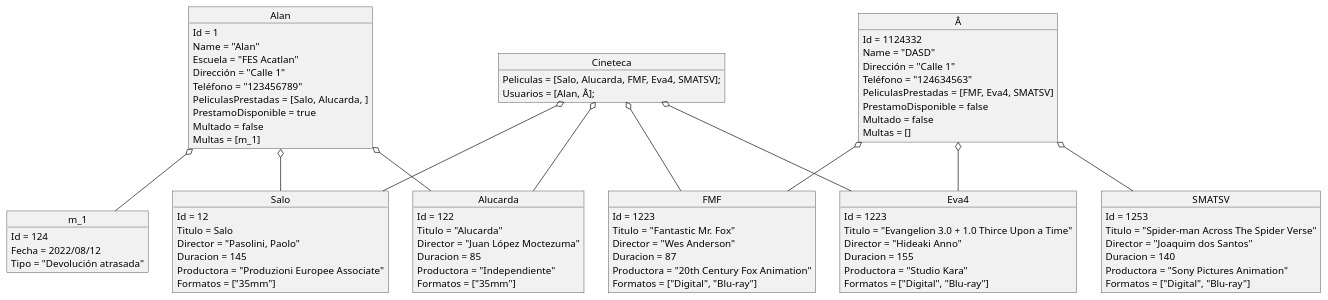
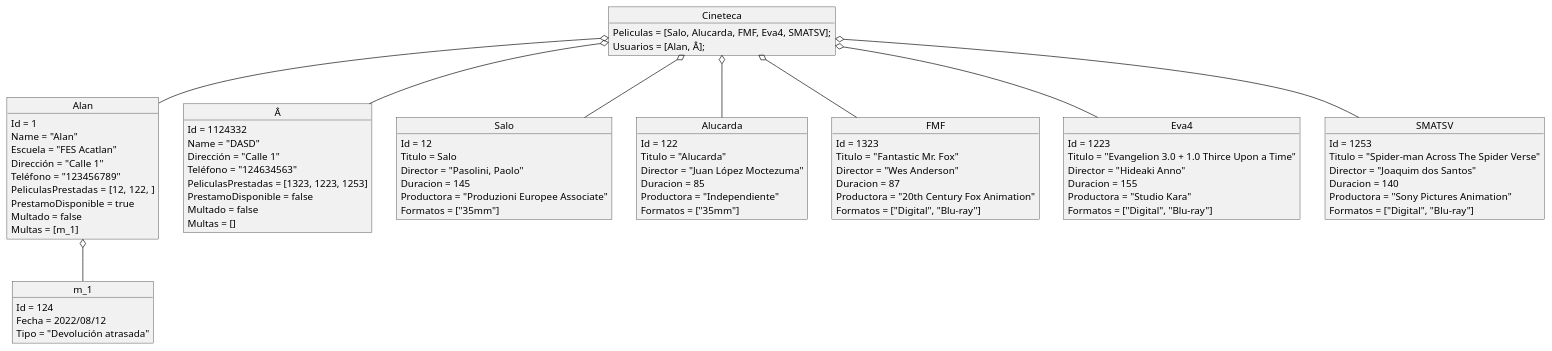
The diagram in Practica_2/UML_Diagrams/objects.puml (supercentinel/MAC-POO), drawn with PlantUML before and after one commit.

Commit message:
modified according to previous class modification

```diff
--- a/Practica_2/UML_Diagrams/objects.puml
+++ b/Practica_2/UML_Diagrams/objects.puml
@@ -1,83 +1,81 @@
 @startuml
 object Alan
 object Â
 object Salo
 object Alucarda
 object Cineteca
 object FMF
 object Eva4
 object SMATSV
 object m_1
 
 Cineteca : Peliculas = [Salo, Alucarda, FMF, Eva4, SMATSV];
 Cineteca : Usuarios = [Alan, Â];
 
 Alan : Id = 1
 Alan : Name = "Alan"
 Alan : Escuela = "FES Acatlan"
 Alan : Dirección = "Calle 1"
 Alan : Teléfono = "123456789"
-Alan : PeliculasPrestadas = [Salo, Alucarda,  ]
+Alan : PeliculasPrestadas = [12, 122,  ]
 Alan : PrestamoDisponible = true
 Alan : Multado = false
 Alan : Multas = [m_1]
 
 Â : Id = 1124332
 Â : Name = "DASD"
 Â : Dirección = "Calle 1"
 Â : Teléfono = "124634563"
-Â : PeliculasPrestadas = [FMF, Eva4, SMATSV]
+Â : PeliculasPrestadas = [1323, 1223, 1253]
 Â : PrestamoDisponible = false
 Â : Multado = false
 Â : Multas = []
 
 Salo : Id = 12
 Salo : Titulo = Salo
 Salo : Director = "Pasolini, Paolo"
 Salo : Duracion = 145
 Salo : Productora = "Produzioni Europee Associate"
 Salo : Formatos = ["35mm"]
 
 Alucarda : Id = 122
 Alucarda : Titulo = "Alucarda"
 Alucarda : Director = "Juan López Moctezuma"
 Alucarda : Duracion = 85
 Alucarda : Productora = "Independiente"
 Alucarda : Formatos = ["35mm"]
 
-FMF : Id = 1223
+FMF : Id = 1323
 FMF : Titulo = "Fantastic Mr. Fox"
 FMF : Director = "Wes Anderson"
 FMF : Duracion = 87
 FMF : Productora = "20th Century Fox Animation"
 FMF : Formatos = ["Digital", "Blu-ray"]
 
 Eva4 : Id = 1223
 Eva4 : Titulo = "Evangelion 3.0 + 1.0 Thirce Upon a Time"
 Eva4 : Director = "Hideaki Anno"
 Eva4 : Duracion = 155
 Eva4 : Productora = "Studio Kara"
 Eva4 : Formatos = ["Digital", "Blu-ray"]
 
 SMATSV : Id = 1253
 SMATSV : Titulo = "Spider-man Across The Spider Verse"
 SMATSV : Director = "Joaquim dos Santos"
 SMATSV : Duracion = 140
 SMATSV : Productora = "Sony Pictures Animation"
 SMATSV : Formatos = ["Digital", "Blu-ray"]
 
 m_1 : Id = 124
 m_1 : Fecha = 2022/08/12
 m_1 : Tipo = "Devolución atrasada"
 
-Alan o-- Alucarda
-Alan o-- Salo
-Â o-- FMF
-Â o-- Eva4
-Â o-- SMATSV
 Cineteca o-- Alucarda
 Cineteca o-- Salo
 Cineteca o-- FMF
 Cineteca o-- Eva4
+Cineteca o-- SMATSV
+Cineteca o-- Alan
+Cineteca o-- Â
 Alan o-- m_1
 @enduml
```
